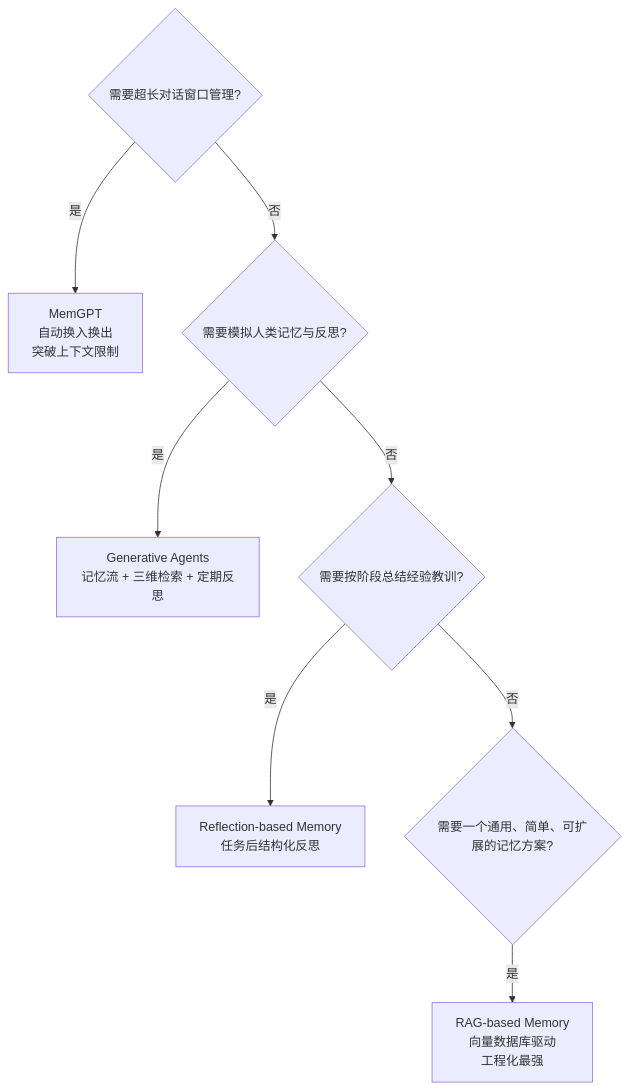
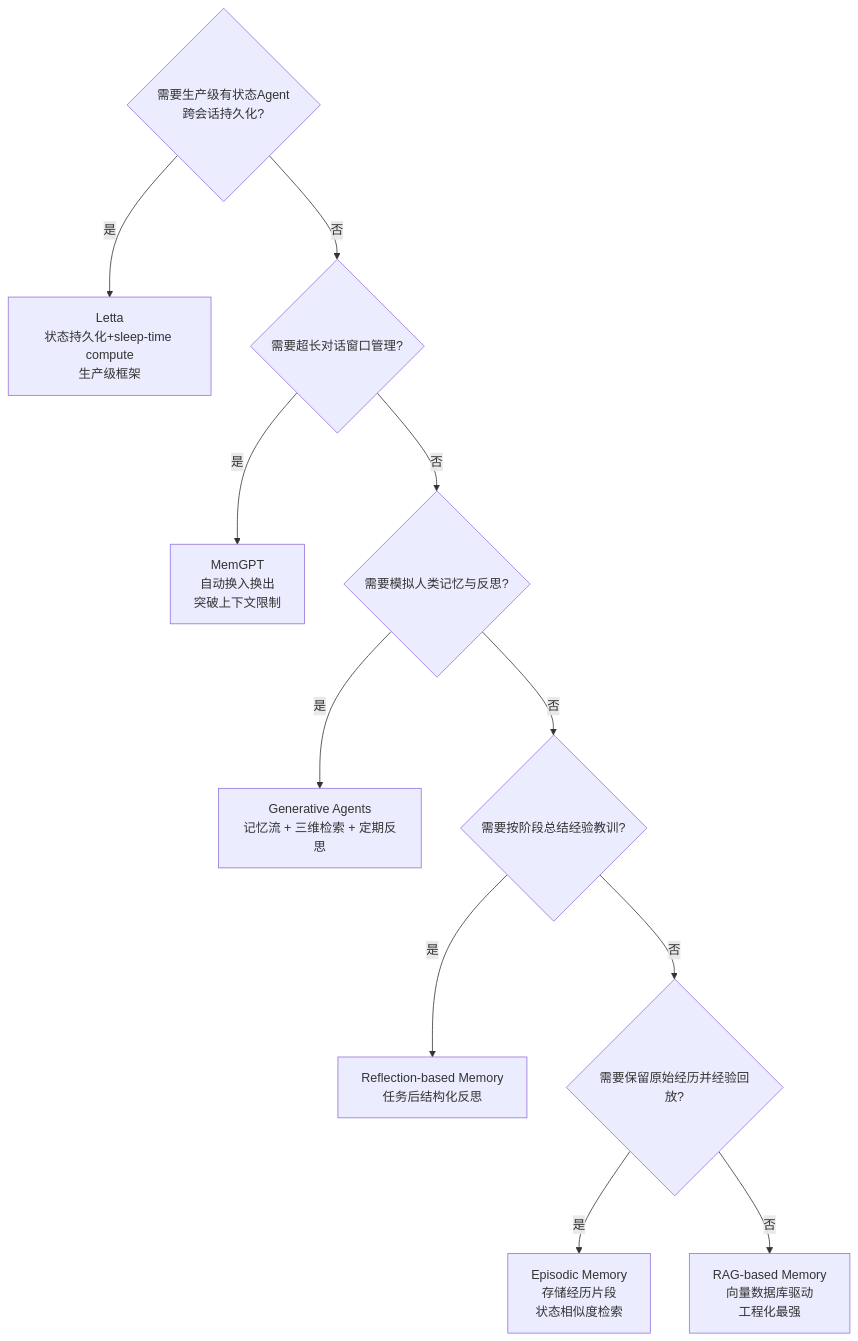
One commit to eeyzs1/agent_demos changed the seventh of 7 diagrams in design_mode/docs/05_记忆与状态管理类.md. Above: the diagram before and after it, drawn with Mermaid. The commit also changed other lines of this file and 21 other files, not shown here.

````diff
--- a/design_mode/docs/05_记忆与状态管理类.md
+++ b/design_mode/docs/05_记忆与状态管理类.md
@@ -1375,10 +1912,13 @@
 ```mermaid
 flowchart TD
-    A{需要超长对话窗口管理?} -->|是| B[MemGPT<br/>自动换入换出<br/>突破上下文限制]
-    A -->|否| C{需要模拟人类记忆与反思?}
-    C -->|是| D[Generative Agents<br/>记忆流 + 三维检索 + 定期反思]
-    C -->|否| E{需要按阶段总结经验教训?}
-    E -->|是| F[Reflection-based Memory<br/>任务后结构化反思]
-    E -->|否| G{需要一个通用、简单、可扩展的记忆方案?}
-    G -->|是| H[RAG-based Memory<br/>向量数据库驱动<br/>工程化最强]
+    A{需要生产级有状态Agent<br/>跨会话持久化?} -->|是| Z[Letta<br/>状态持久化+sleep-time compute<br/>生产级框架]
+    A -->|否| B{需要超长对话窗口管理?}
+    B -->|是| C[MemGPT<br/>自动换入换出<br/>突破上下文限制]
+    B -->|否| D{需要模拟人类记忆与反思?}
+    D -->|是| E[Generative Agents<br/>记忆流 + 三维检索 + 定期反思]
+    D -->|否| F{需要按阶段总结经验教训?}
+    F -->|是| G[Reflection-based Memory<br/>任务后结构化反思]
+    F -->|否| H{需要保留原始经历并经验回放?}
+    H -->|是| I[Episodic Memory<br/>存储经历片段<br/>状态相似度检索]
+    H -->|否| J[RAG-based Memory<br/>向量数据库驱动<br/>工程化最强]
 ```
````
